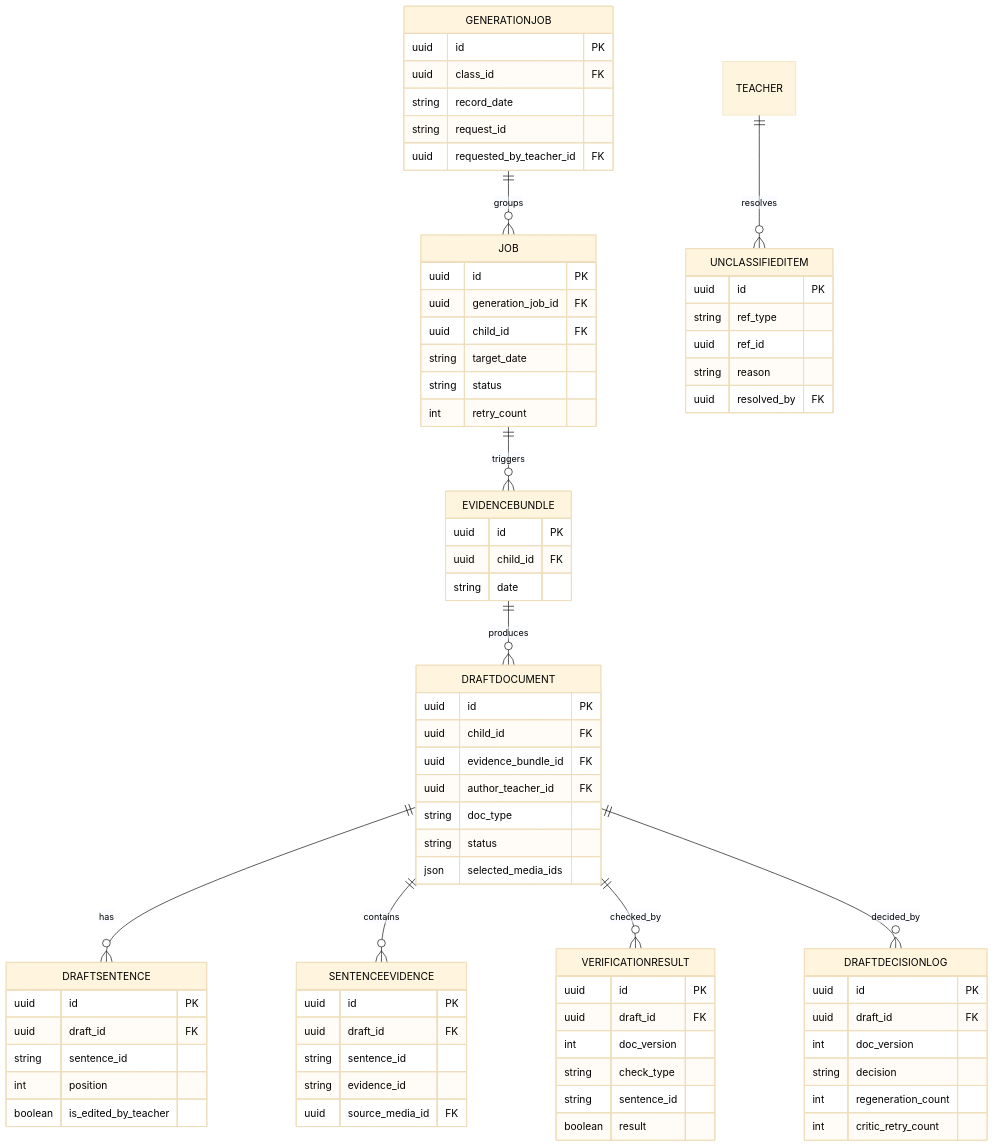
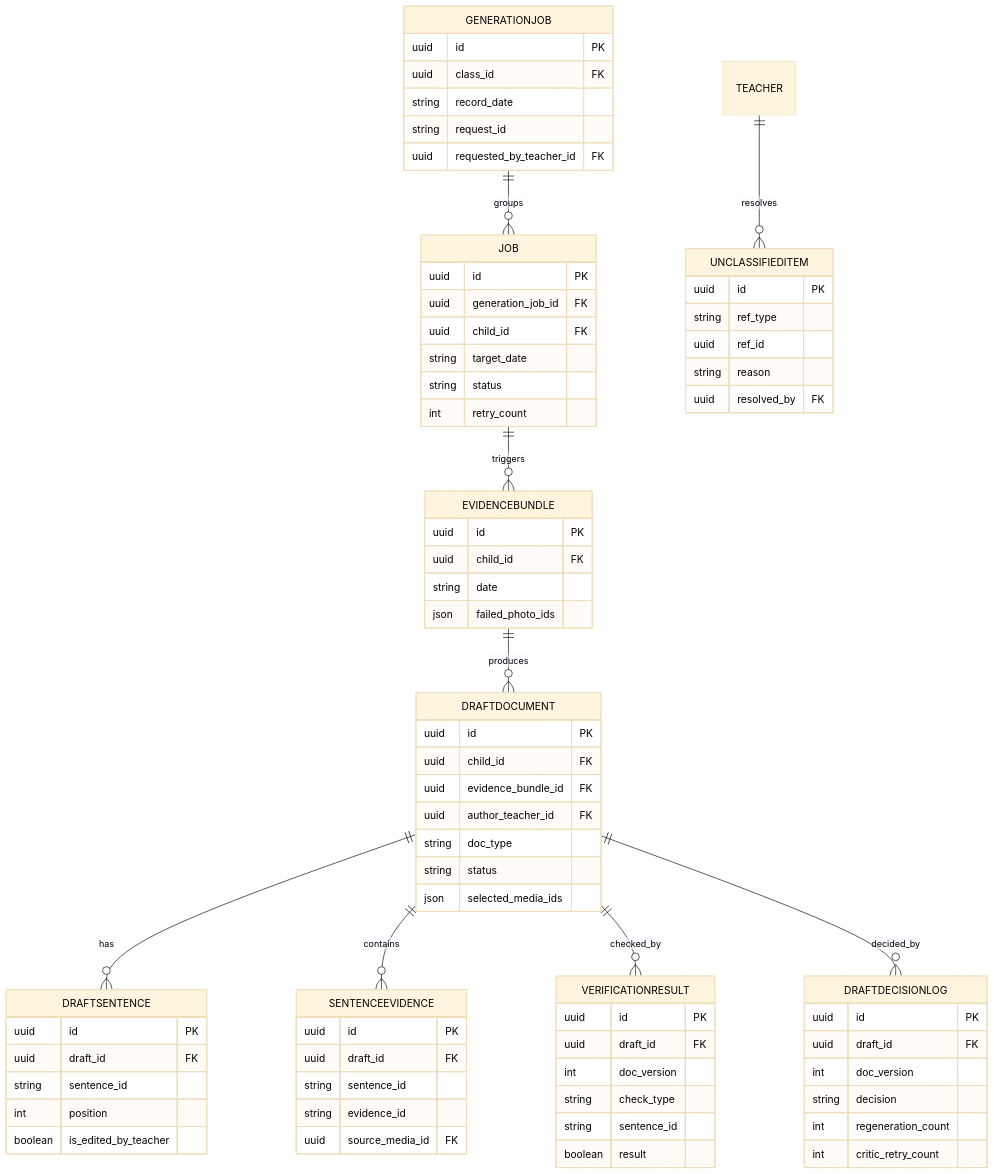
One commit to kakaotechcampus-4/ktc4-chungnam-4 changed the fourth of 9 diagrams in docs/테크스펙.md. Above: the diagram before and after it, drawn with Mermaid. The commit also changed other lines of this file and 1 other file, not shown here.

First line of the commit message:
docs: define failed photo review details

````diff
--- a/docs/테크스펙.md
+++ b/docs/테크스펙.md
@@ -606,78 +606,79 @@
 ```mermaid
 %%{init: {'theme':'base', 'themeVariables': {'primaryTextColor':'#000000','textColor':'#000000','lineColor':'#000000'}}}%%
 erDiagram
   GENERATIONJOB {
     uuid id PK
     uuid class_id FK
     string record_date
     string request_id
     uuid requested_by_teacher_id FK
   }
   JOB {
     uuid id PK
     uuid generation_job_id FK
     uuid child_id FK
     string target_date
     string status
     int retry_count
   }
   EVIDENCEBUNDLE {
     uuid id PK
     uuid child_id FK
     string date
+    json failed_photo_ids
   }
   DRAFTDOCUMENT {
     uuid id PK
     uuid child_id FK
     uuid evidence_bundle_id FK
     uuid author_teacher_id FK
     string doc_type
     string status
     json selected_media_ids
   }
   DRAFTSENTENCE {
     uuid id PK
     uuid draft_id FK
     string sentence_id
     int position
     boolean is_edited_by_teacher
   }
   SENTENCEEVIDENCE {
     uuid id PK
     uuid draft_id FK
     string sentence_id
     string evidence_id
     uuid source_media_id FK
   }
   VERIFICATIONRESULT {
     uuid id PK
     uuid draft_id FK
     int doc_version
     string check_type
     string sentence_id
     boolean result
   }
   DRAFTDECISIONLOG {
     uuid id PK
     uuid draft_id FK
     int doc_version
     string decision
     int regeneration_count
     int critic_retry_count
   }
   UNCLASSIFIEDITEM {
     uuid id PK
     string ref_type
     uuid ref_id
     string reason
     uuid resolved_by FK
   }
   GENERATIONJOB ||--o{ JOB : groups
   JOB ||--o{ EVIDENCEBUNDLE : triggers
   EVIDENCEBUNDLE ||--o{ DRAFTDOCUMENT : produces
   DRAFTDOCUMENT ||--o{ DRAFTSENTENCE : has
   DRAFTDOCUMENT ||--o{ SENTENCEEVIDENCE : contains
   DRAFTDOCUMENT ||--o{ VERIFICATIONRESULT : checked_by
   DRAFTDOCUMENT ||--o{ DRAFTDECISIONLOG : decided_by
   TEACHER ||--o{ UNCLASSIFIEDITEM : resolves
 ```
````
